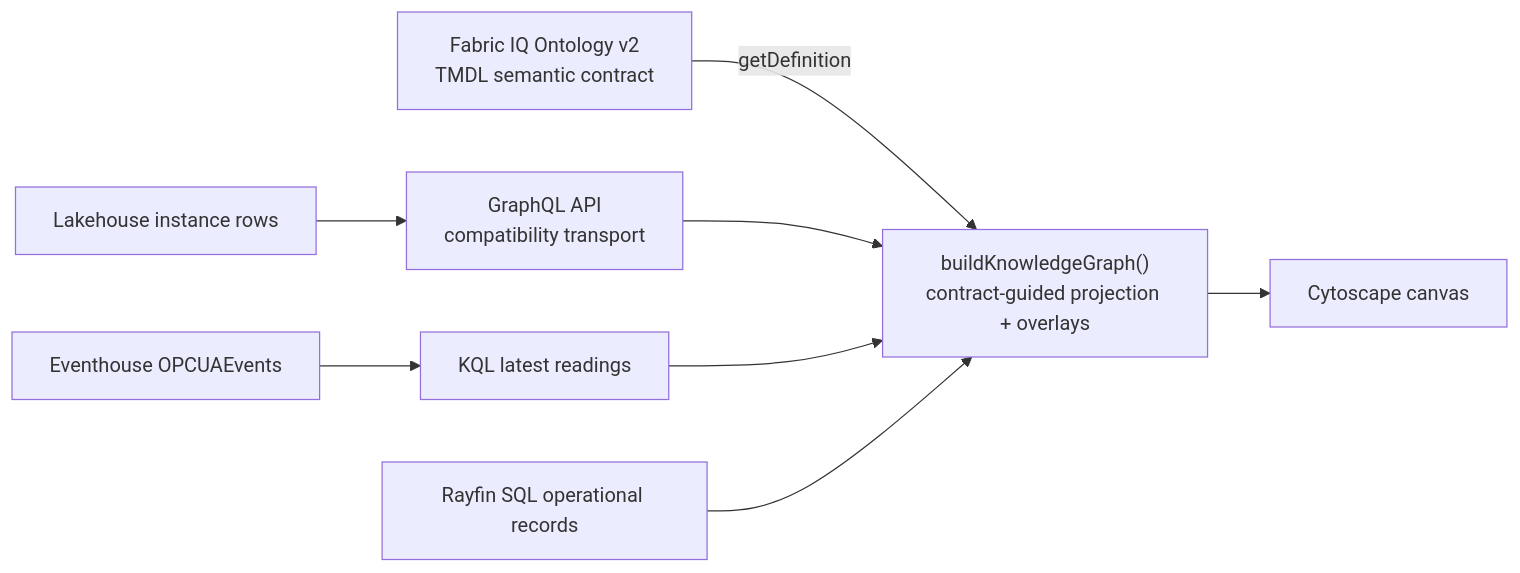
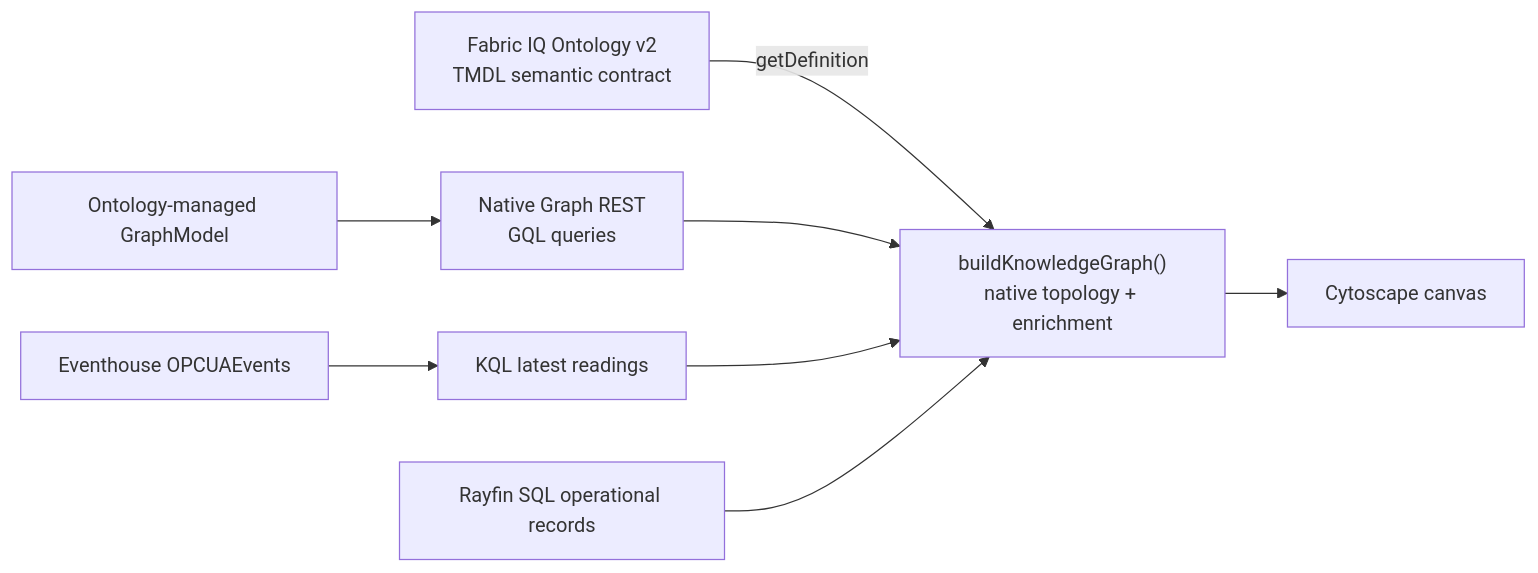
The diagram in docs/knowledge-graph.md (dibakardharchoudhury/FabricIQAppsDEMO), drawn with Mermaid before and after one commit. The commit also changed other lines of this file and 28 other files, not shown here.

First line of the commit message:
fix: restore native Ontology v2 graph topology

````diff
--- a/docs/knowledge-graph.md
+++ b/docs/knowledge-graph.md
@@ -67,17 +98,17 @@
 ```mermaid
 flowchart LR
    DEF["Fabric IQ Ontology v2\nTMDL semantic contract"]
-   LH["Lakehouse instance rows"]
+   GM["Ontology-managed GraphModel"]
     EH["Eventhouse OPCUAEvents"]
     SQL["Rayfin SQL operational records"]
-   GQL["GraphQL API\ncompatibility transport"]
+   GQL["Native Graph REST\nGQL queries"]
     KQL["KQL latest readings"]
-   BUILD["buildKnowledgeGraph()\ncontract-guided projection + overlays"]
+   BUILD["buildKnowledgeGraph()\nnative topology + enrichment"]
     CY["Cytoscape canvas"]
 
    DEF -->|"getDefinition"| BUILD
-   LH --> GQL --> BUILD
+   GM --> GQL --> BUILD
     EH --> KQL --> BUILD
     SQL --> BUILD
     BUILD --> CY
 ```
````
